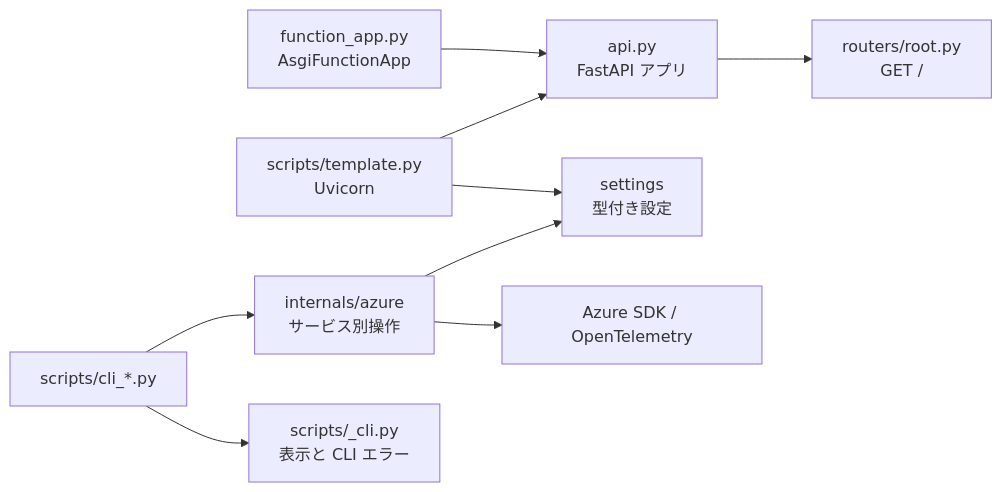
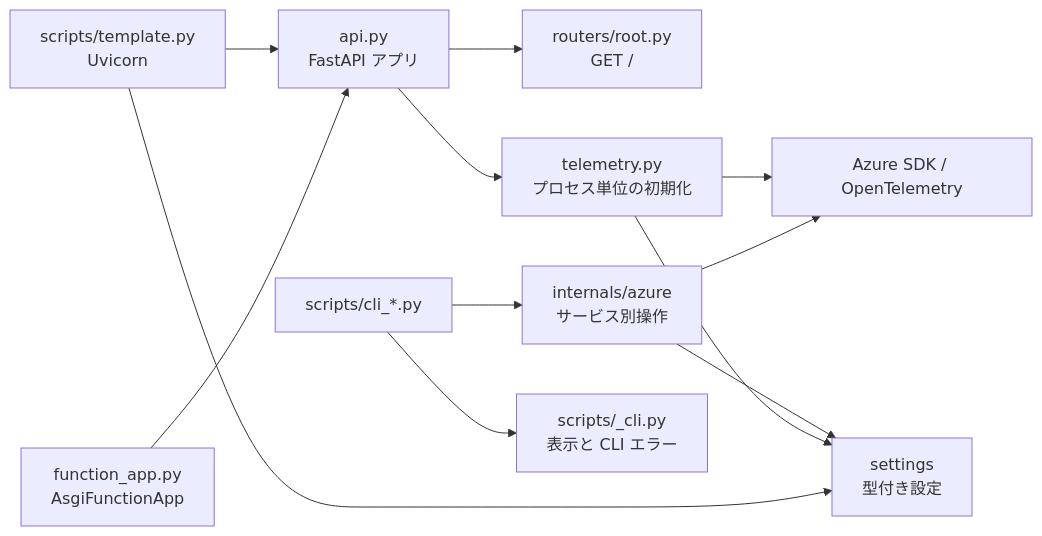
The first of 2 diagrams in docs/architecture/index.ja.md (ks6088ts-labs/template-azure-python), drawn with Mermaid before and after one commit. The commit also changed other lines of this file and 11 other files, not shown here.

Commit message:
Implement OpenTelemetry support for API telemetry and configuration

````diff
--- a/docs/architecture/index.ja.md
+++ b/docs/architecture/index.ja.md
@@ -9,11 +9,14 @@
 ```mermaid
 flowchart LR
     launcher["scripts/template.py<br/>Uvicorn"] --> api["api.py<br/>FastAPI アプリ"]
     functions["function_app.py<br/>AsgiFunctionApp"] --> api
     api --> root["routers/root.py<br/>GET /"]
+    api --> telemetry["telemetry.py<br/>プロセス単位の初期化"]
     cli["scripts/cli_*.py"] --> operations["internals/azure<br/>サービス別操作"]
     cli --> presentation["scripts/_cli.py<br/>表示と CLI エラー"]
     operations --> settings["settings<br/>型付き設定"]
+    telemetry --> settings
+    telemetry --> sdk
     launcher --> settings
     operations --> sdk["Azure SDK / OpenTelemetry"]
 ```
````
